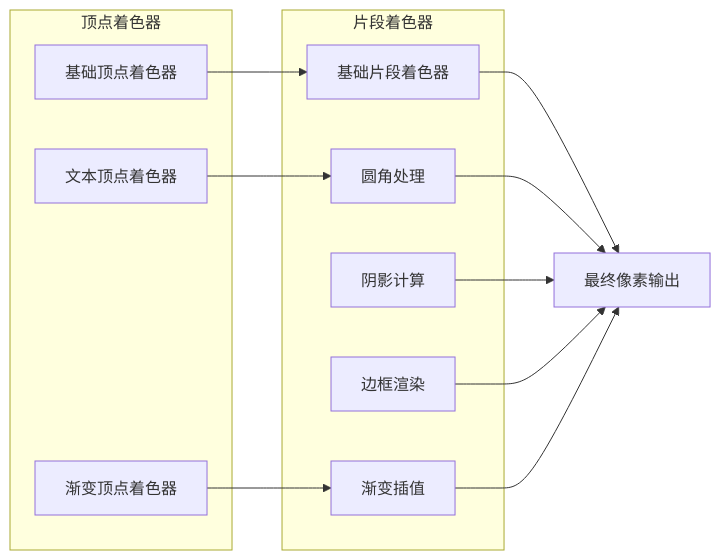
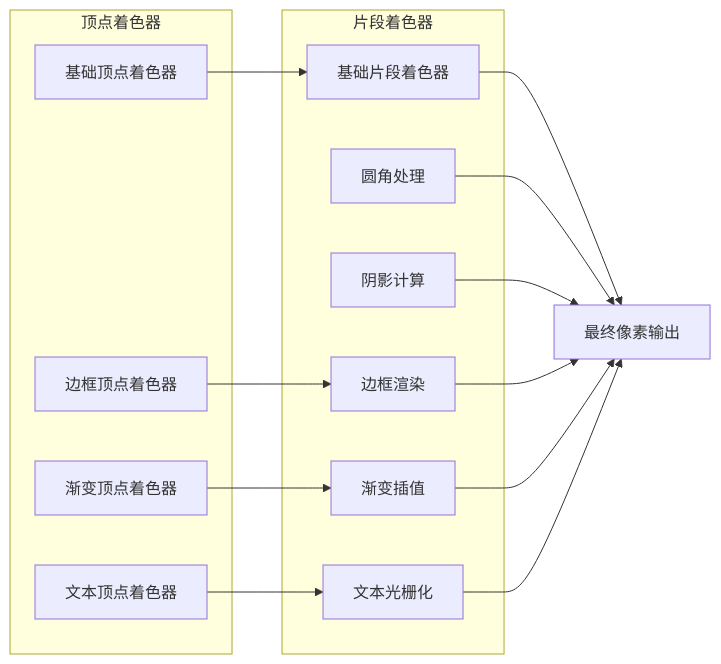
Before and after one commit to itszzl-sudo/iris: the seventh of 19 diagrams in .qoder/repowiki/zh/content/核心功能特性/自研浏览器级渲染能力.md, drawn with Mermaid. The commit also changed other lines of this file and 4 other files, not shown here.

````diff
--- a/.qoder/repowiki/zh/content/核心功能特性/自研浏览器级渲染能力.md
+++ b/.qoder/repowiki/zh/content/核心功能特性/自研浏览器级渲染能力.md
@@ -227,23 +291,27 @@
 ```mermaid
 graph LR
 subgraph "顶点着色器"
 VS_Base[基础顶点着色器]
 VS_Text[文本顶点着色器]
 VS_Gradient[渐变顶点着色器]
+VS_Border[边框顶点着色器]
 end
 subgraph "片段着色器"
 FS_Base[基础片段着色器]
 FS_Rounded[圆角处理]
 FS_Shadow[阴影计算]
 FS_Border[边框渲染]
 FS_Gradient[渐变插值]
+FS_Text[文本光栅化]
 end
 VS_Base --> FS_Base
-VS_Text --> FS_Rounded
+VS_Text --> FS_Text
 VS_Gradient --> FS_Gradient
+VS_Border --> FS_Border
 FS_Base --> Output[最终像素输出]
 FS_Rounded --> Output
 FS_Shadow --> Output
 FS_Border --> Output
 FS_Gradient --> Output
+FS_Text --> Output
 ```
````
